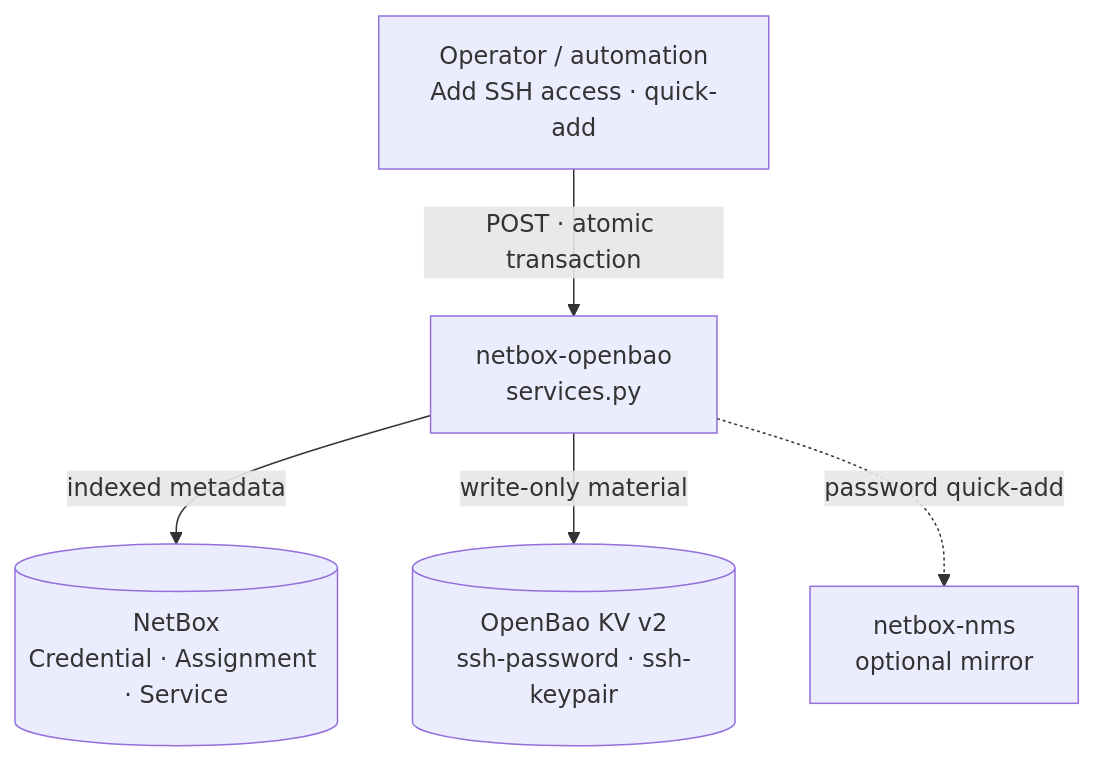
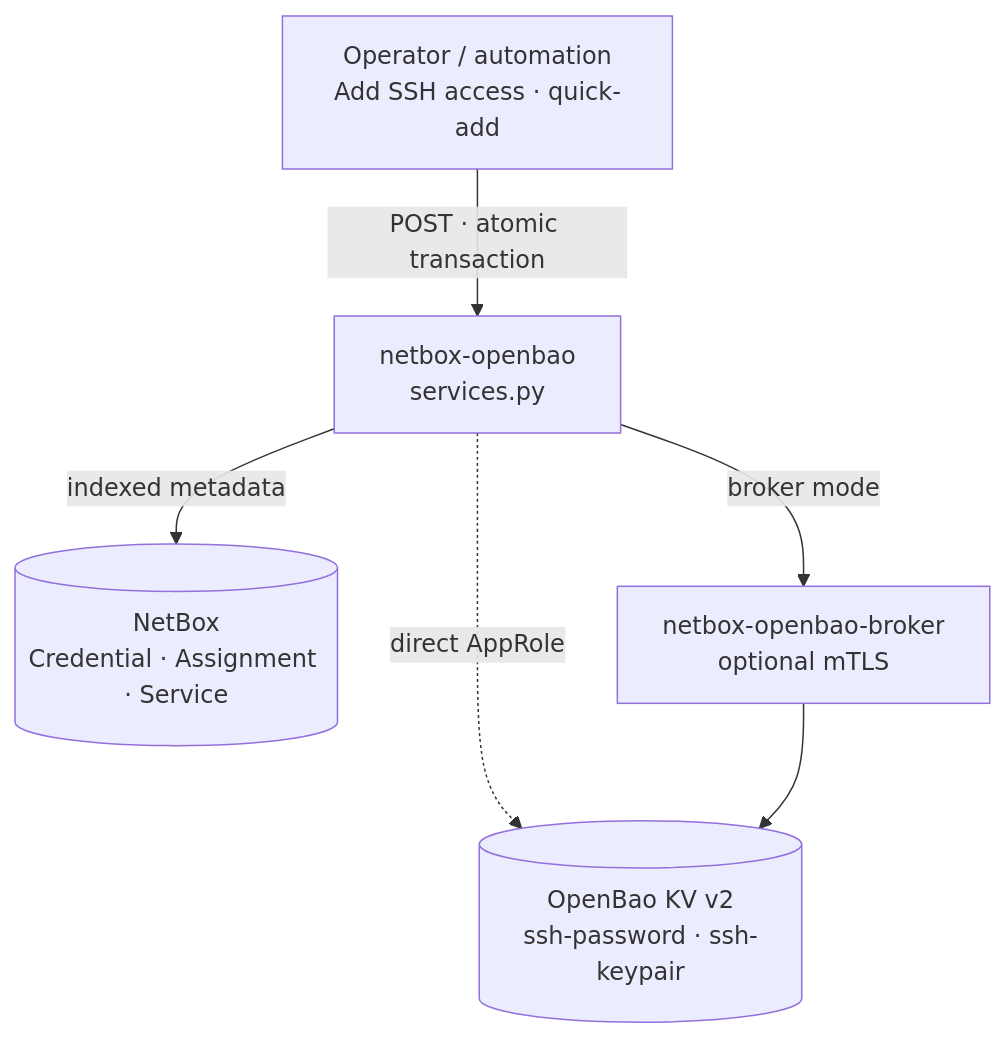
Before and after one commit to emersonfelipesp/netbox-openbao: the second of 3 diagrams in docs/architecture/proxmox-vm-secrets.md, drawn with Mermaid. The commit also changed other lines of this file and 3 other files, not shown here.

First line of the commit message:
Document OpenBao broker and RPC architecture

````diff
--- a/docs/architecture/proxmox-vm-secrets.md
+++ b/docs/architecture/proxmox-vm-secrets.md
@@ -42,13 +42,14 @@
 ```mermaid
 flowchart TB
     OP["Operator / automation\nAdd SSH access · quick-add"]
     SVC["netbox-openbao\nservices.py"]
     META[("NetBox\nCredential · Assignment · Service")]
+    BR["netbox-openbao-broker\noptional mTLS"]
     BAO[("OpenBao KV v2\nssh-password · ssh-keypair")]
-    NMS["netbox-nms\noptional mirror"]
 
     OP -->|"POST · atomic transaction"| SVC
     SVC -->|"indexed metadata"| META
-    SVC -->|"write-only material"| BAO
-    SVC -.->|"password quick-add"| NMS
+    SVC -->|"broker mode"| BR
+    SVC -.->|"direct AppRole"| BAO
+    BR --> BAO
 ```
````
